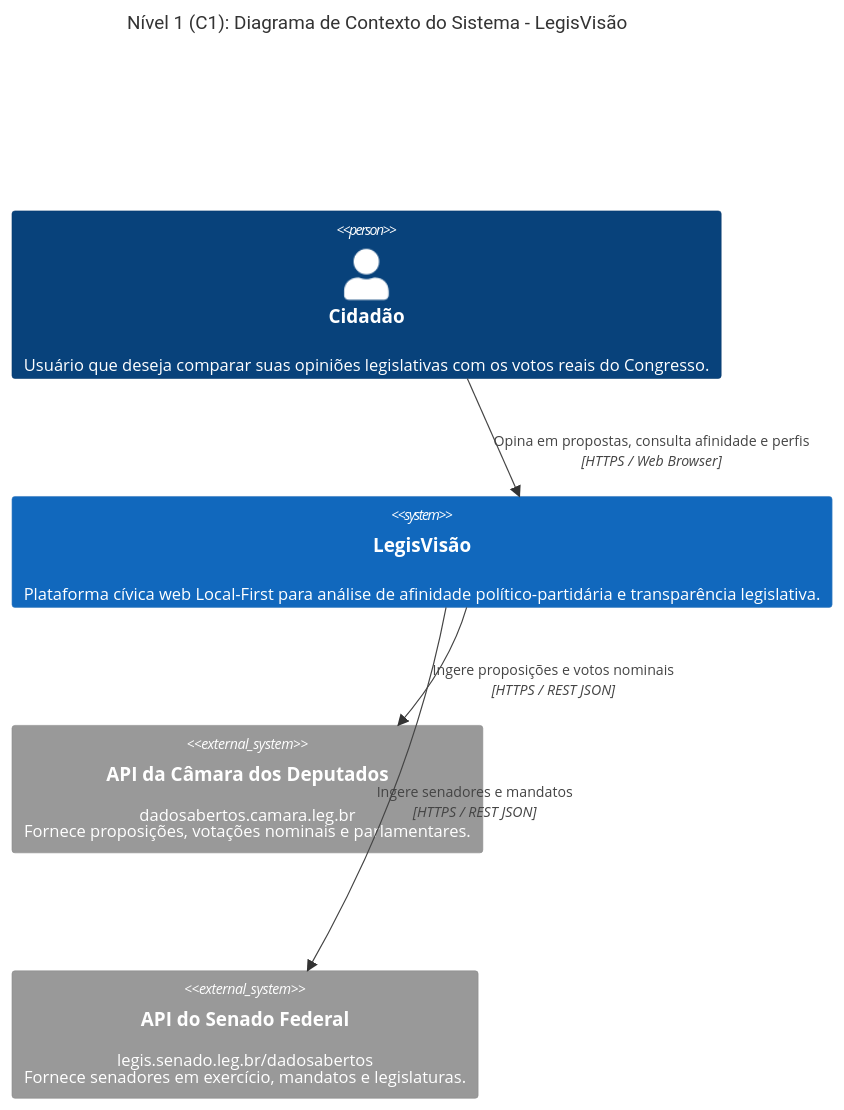
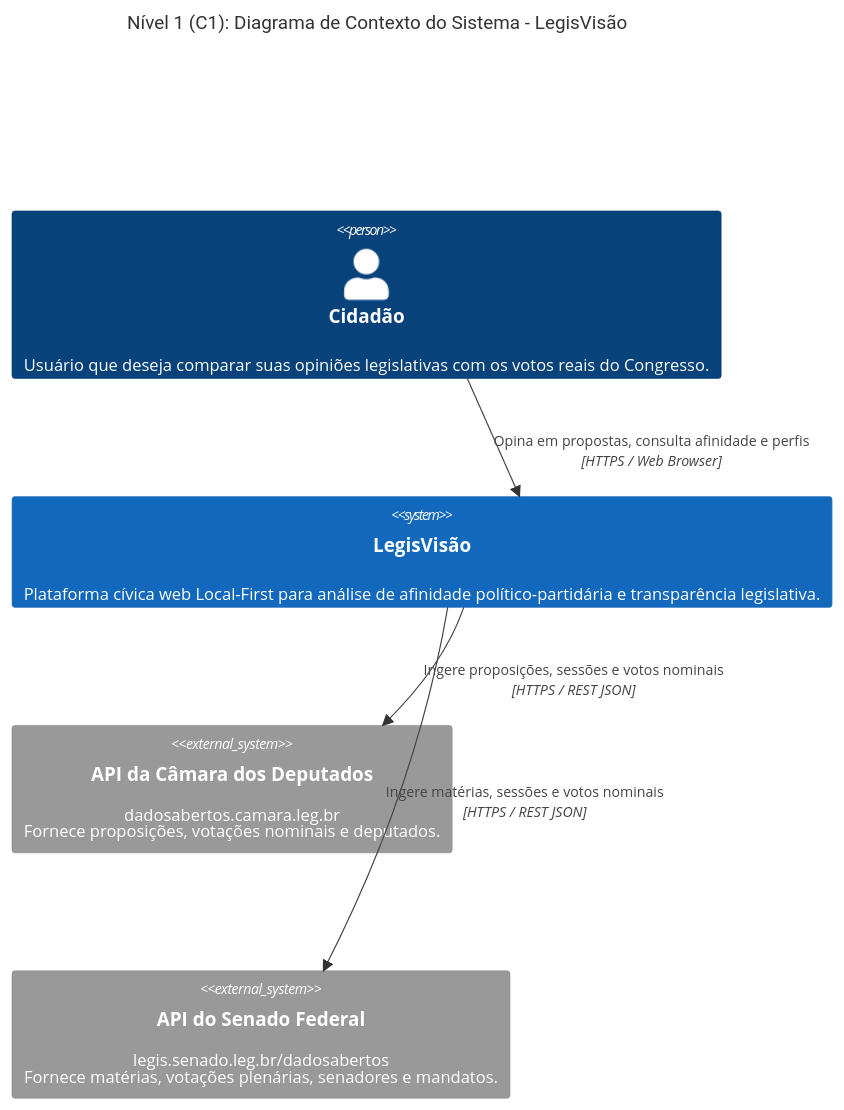
Before and after one commit to didifive/legisvisao: the first of 5 diagrams in README.md, drawn with Mermaid. The commit also changed other lines of this file and 1 other file, not shown here.

````diff
--- a/README.md
+++ b/README.md
@@ -50,15 +50,15 @@
 ```mermaid
 C4Context
     title Nível 1 (C1): Diagrama de Contexto do Sistema - LegisVisão
 
     Person(cidadao, "Cidadão", "Usuário que deseja comparar suas opiniões legislativas com os votos reais do Congresso.")
     
     System(legisvisao, "LegisVisão", "Plataforma cívica web Local-First para análise de afinidade político-partidária e transparência legislativa.")
     
-    System_Ext(camara, "API da Câmara dos Deputados", "dadosabertos.camara.leg.br<br/>Fornece proposições, votações nominais e parlamentares.")
-    System_Ext(senado, "API do Senado Federal", "legis.senado.leg.br/dadosabertos<br/>Fornece senadores em exercício, mandatos e legislaturas.")
+    System_Ext(camara, "API da Câmara dos Deputados", "dadosabertos.camara.leg.br<br/>Fornece proposições, votações nominais e deputados.")
+    System_Ext(senado, "API do Senado Federal", "legis.senado.leg.br/dadosabertos<br/>Fornece matérias, votações plenárias, senadores e mandatos.")
 
     Rel(cidadao, legisvisao, "Opina em propostas, consulta afinidade e perfis", "HTTPS / Web Browser")
-    Rel(legisvisao, camara, "Ingere proposições e votos nominais", "HTTPS / REST JSON")
-    Rel(legisvisao, senado, "Ingere senadores e mandatos", "HTTPS / REST JSON")
+    Rel(legisvisao, camara, "Ingere proposições, sessões e votos nominais", "HTTPS / REST JSON")
+    Rel(legisvisao, senado, "Ingere matérias, sessões e votos nominais", "HTTPS / REST JSON")
 ```
````
